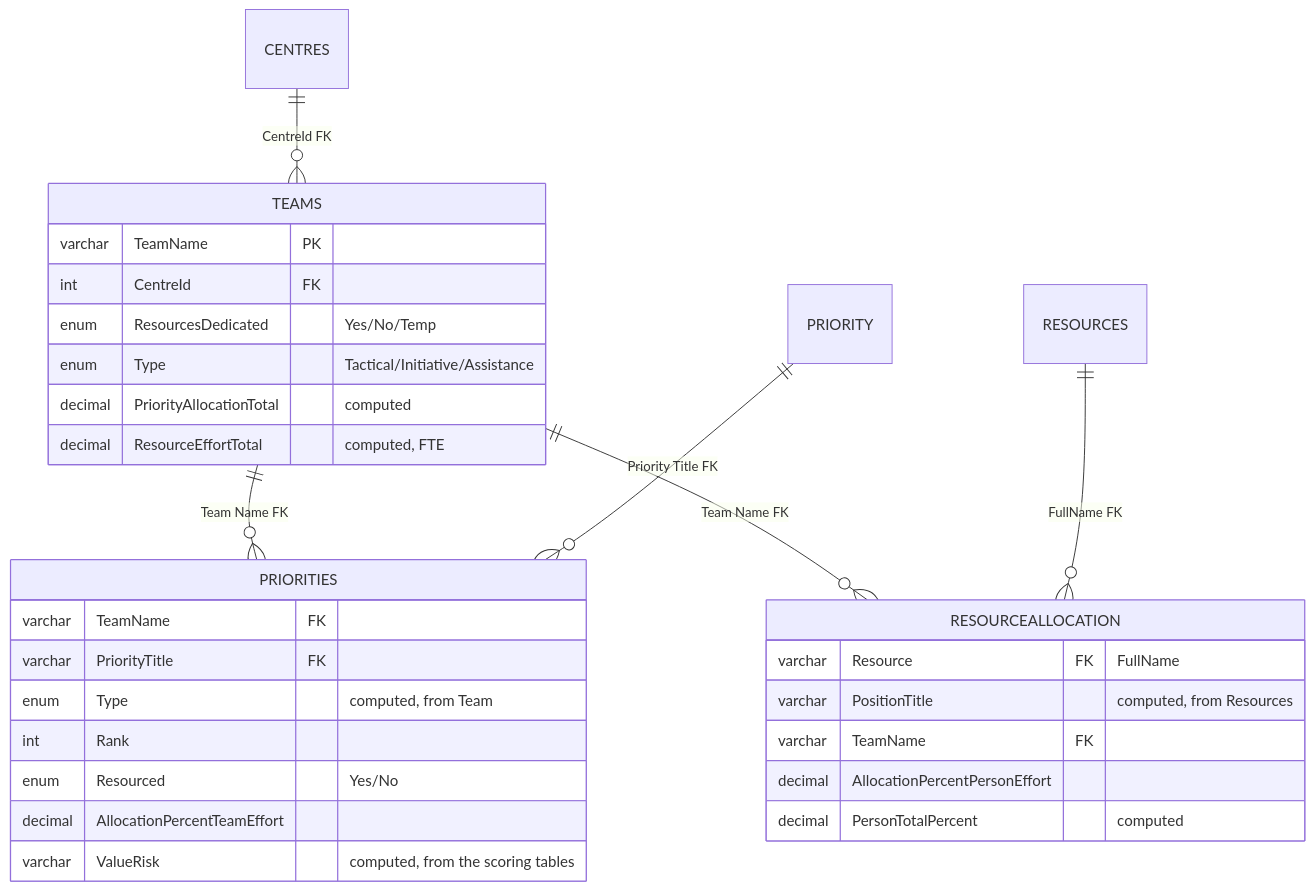
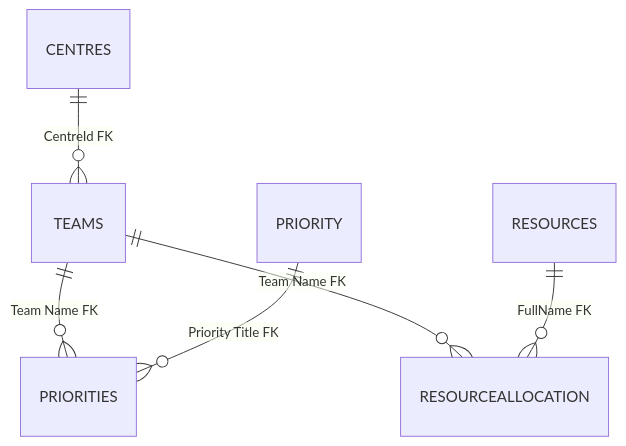
Before and after one commit to Gajol/Prioritization: the fifth of 5 diagrams in docs/management-technical-guide.md, drawn with Mermaid. The commit also changed other lines of this file, not shown here.

First line of the commit message:
Split the Scoring Engine ERD by Priority Type, move columns to tables

````diff
--- a/docs/management-technical-guide.md
+++ b/docs/management-technical-guide.md
@@ -168,33 +166,8 @@
 ```mermaid
 erDiagram
     CENTRES ||--o{ TEAMS : "CentreId FK"
     TEAMS ||--o{ PRIORITIES : "Team Name FK"
     PRIORITY ||--o{ PRIORITIES : "Priority Title FK"
     TEAMS ||--o{ RESOURCEALLOCATION : "Team Name FK"
     RESOURCES ||--o{ RESOURCEALLOCATION : "FullName FK"
-
-    TEAMS {
-        varchar TeamName PK
-        int CentreId FK
-        enum ResourcesDedicated "Yes/No/Temp"
-        enum Type "Tactical/Initiative/Assistance"
-        decimal PriorityAllocationTotal "computed"
-        decimal ResourceEffortTotal "computed, FTE"
-    }
-    PRIORITIES {
-        varchar TeamName FK
-        varchar PriorityTitle FK
-        enum Type "computed, from Team"
-        int Rank
-        enum Resourced "Yes/No"
-        decimal AllocationPercentTeamEffort
-        varchar ValueRisk "computed, from the scoring tables"
-    }
-    RESOURCEALLOCATION {
-        varchar Resource FK "FullName"
-        varchar PositionTitle "computed, from Resources"
-        varchar TeamName FK
-        decimal AllocationPercentPersonEffort
-        decimal PersonTotalPercent "computed"
-    }
 ```
````
